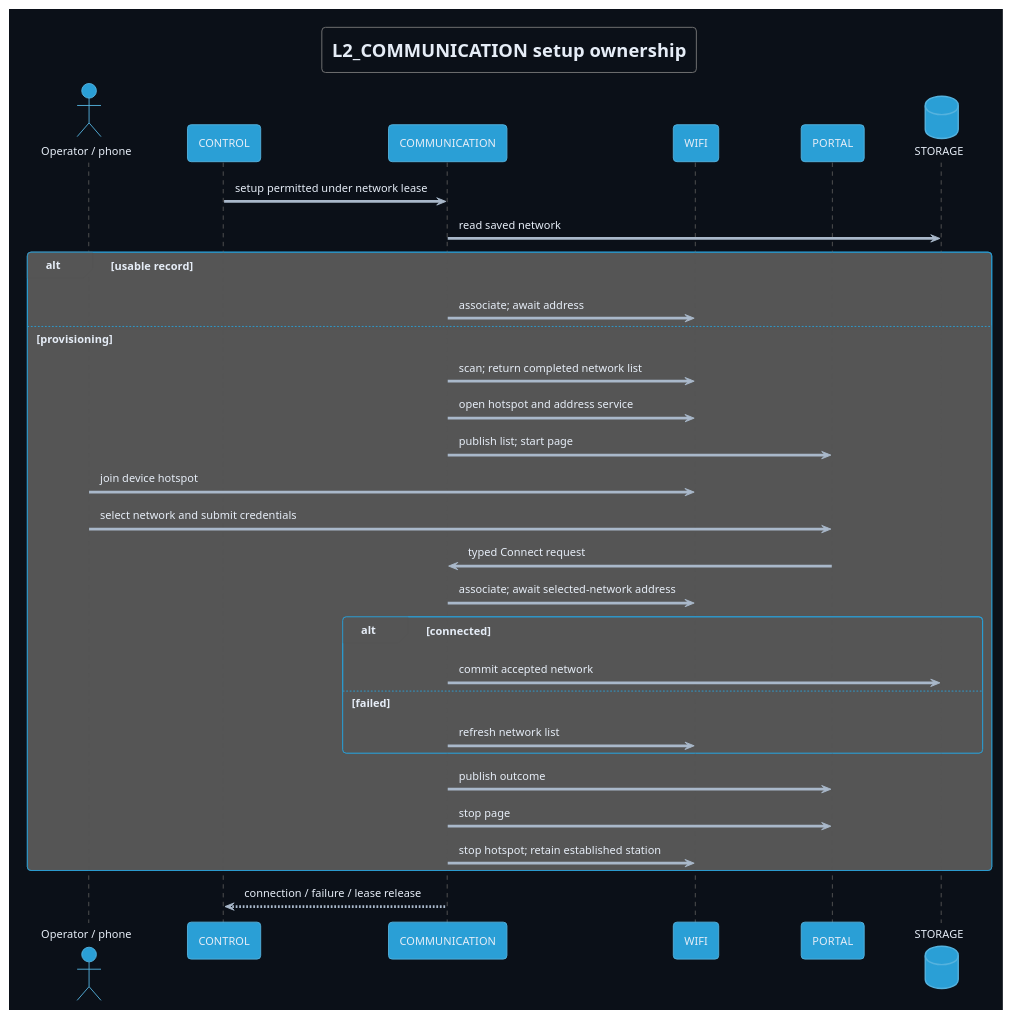
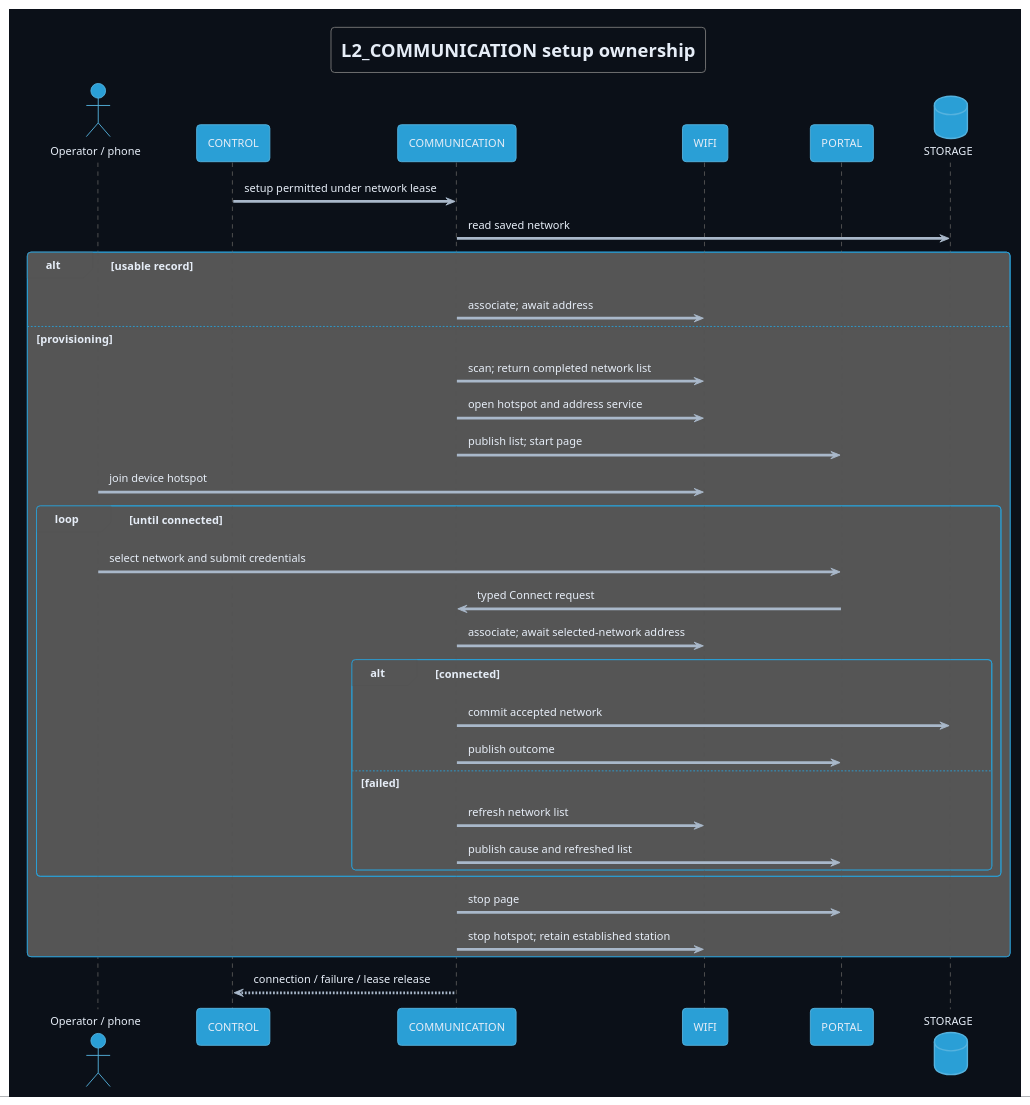
The diagram in Development/system/architecture/COMMUNICATION/setup-sequence.puml (DemonicPsychoII/DigitalStethoscope), drawn with PlantUML before and after one commit. The commit also changed 5 other files, not shown here.

First line of the commit message:
docs: loop failed portal connects and hold lease through recovery provisioning

```diff
--- a/Development/system/architecture/COMMUNICATION/setup-sequence.puml
+++ b/Development/system/architecture/COMMUNICATION/setup-sequence.puml
@@ -1,37 +1,40 @@
 @startuml setup_sequence
 !theme cyborg
 skinparam shadowing false
 skinparam defaultFontName SansSerif
 skinparam backgroundColor #0b1018
 skinparam defaultFontColor #e6edf7
 skinparam ArrowColor #a9b8ca
 title L2_COMMUNICATION setup ownership
 actor "Operator / phone" as Operator
 participant CONTROL
 participant COMMUNICATION
 participant WIFI
 participant PORTAL
 database STORAGE
 CONTROL -> COMMUNICATION : setup permitted under network lease
 COMMUNICATION -> STORAGE : read saved network
 alt usable record
  COMMUNICATION -> WIFI : associate; await address
 else provisioning
  COMMUNICATION -> WIFI : scan; return completed network list
  COMMUNICATION -> WIFI : open hotspot and address service
  COMMUNICATION -> PORTAL : publish list; start page
  Operator -> WIFI : join device hotspot
- Operator -> PORTAL : select network and submit credentials
- PORTAL -> COMMUNICATION : typed Connect request
- COMMUNICATION -> WIFI : associate; await selected-network address
- alt connected
-  COMMUNICATION -> STORAGE : commit accepted network
- else failed
-  COMMUNICATION -> WIFI : refresh network list
+ loop until connected
+  Operator -> PORTAL : select network and submit credentials
+  PORTAL -> COMMUNICATION : typed Connect request
+  COMMUNICATION -> WIFI : associate; await selected-network address
+  alt connected
+   COMMUNICATION -> STORAGE : commit accepted network
+   COMMUNICATION -> PORTAL : publish outcome
+  else failed
+   COMMUNICATION -> WIFI : refresh network list
+   COMMUNICATION -> PORTAL : publish cause and refreshed list
+  end
  end
- COMMUNICATION -> PORTAL : publish outcome
  COMMUNICATION -> PORTAL : stop page
  COMMUNICATION -> WIFI : stop hotspot; retain established station
 end
 COMMUNICATION --> CONTROL : connection / failure / lease release
 @enduml
```
